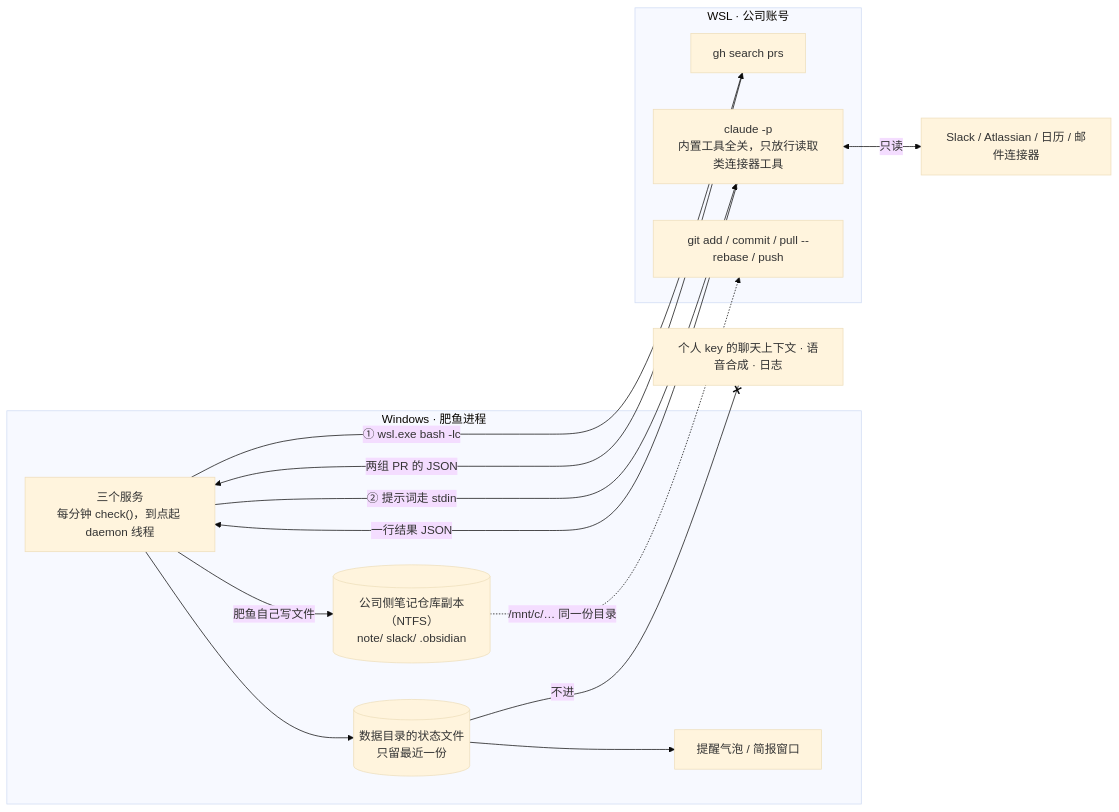
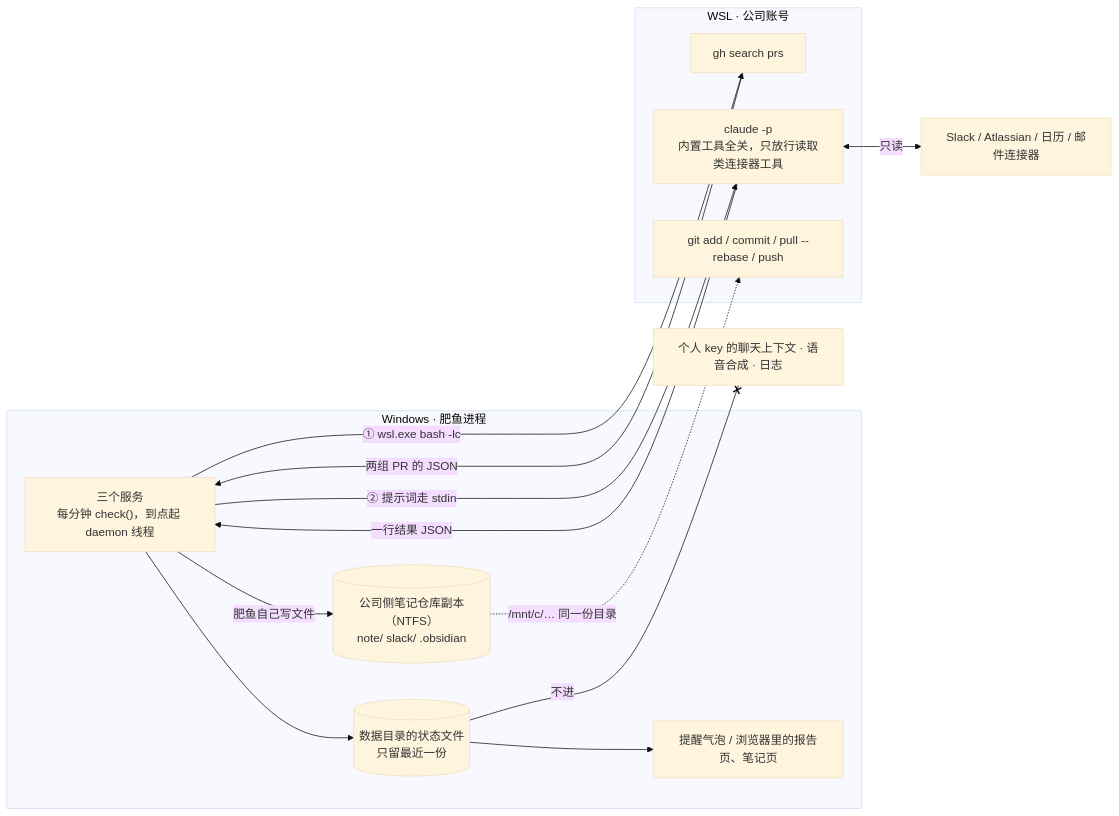
One commit to LiminCode/BigFatFish changed the diagram in docs/work-assistant.md. Above: the diagram before and after it, drawn with Mermaid (base theme). The commit also changed other lines of this file and 52 other files, not shown here.

````diff
--- a/docs/work-assistant.md
+++ b/docs/work-assistant.md
@@ -26,25 +26,25 @@
 ```mermaid
 flowchart LR
     subgraph WIN["Windows · 肥鱼进程"]
         SVC["三个服务<br/>每分钟 check()，到点起 daemon 线程"]
         ST[("数据目录的状态文件<br/>只留最近一份")]
-        UI["提醒气泡 / 简报窗口"]
+        UI["提醒气泡 / 浏览器里的报告页、笔记页"]
         REPO[("公司侧笔记仓库副本（NTFS）<br/>note/ slack/ .obsidian")]
     end
     subgraph WSL["WSL · 公司账号"]
         GH["gh search prs"]
         CC["claude -p<br/>内置工具全关，只放行读取类连接器工具"]
         GIT["git add / commit / pull --rebase / push"]
     end
     MCP["Slack / Atlassian / 日历 / 邮件连接器"]
     PK["个人 key 的聊天上下文 · 语音合成 · 日志"]
     SVC -->|"① wsl.exe bash -lc"| GH
     GH -->|"两组 PR 的 JSON"| SVC
     SVC -->|"② 提示词走 stdin"| CC
     CC <-->|"只读"| MCP
     CC -->|"一行结果 JSON"| SVC
     SVC --> ST --> UI
     SVC -->|"肥鱼自己写文件"| REPO
     REPO -.->|"/mnt/c/… 同一份目录"| GIT
     ST --x|"不进"| PK
 ```
````
